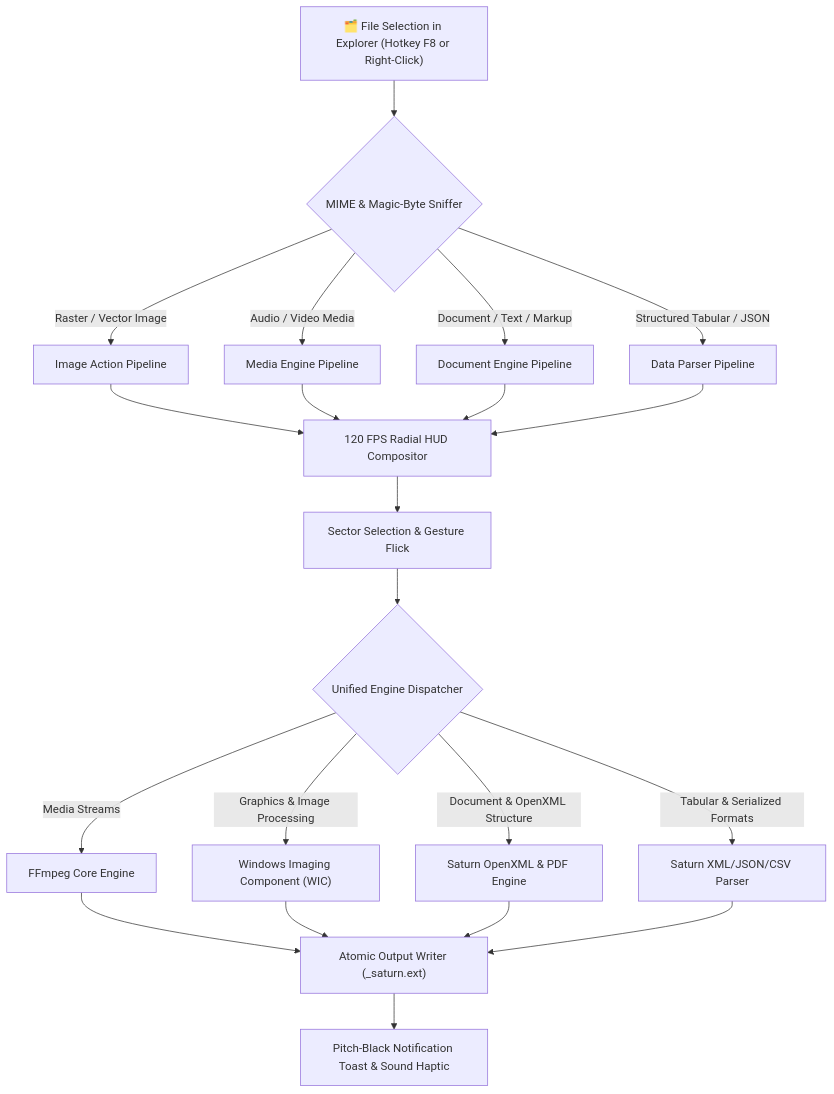
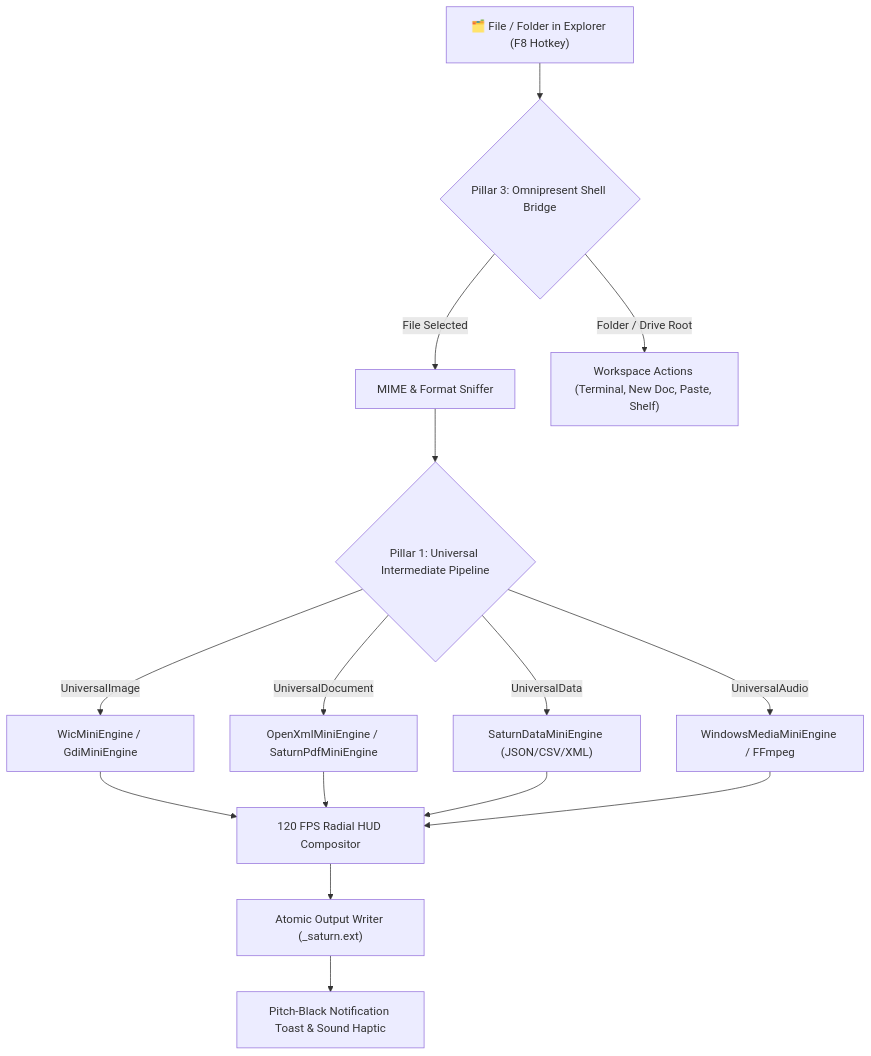
One commit to DaivikOPX/Orbit changed the diagram in README.md. Above: the diagram before and after it, drawn with Mermaid. The commit also changed other lines of this file and 2 other files, not shown here.

Commit message:
feat: complete all 3 pillars, native WIC mini-engine, rising-edge F8 debouncer, and multi-layer Explorer workspace bridge

````diff
--- a/README.md
+++ b/README.md
@@ -89,20 +118,16 @@
 ```mermaid
 flowchart TD
-    A["🗂️ File Selection in Explorer (Hotkey F8 or Right-Click)"] --> B{"MIME & Magic-Byte Sniffer"}
-    B -->|Raster / Vector Image| C["Image Action Pipeline"]
-    B -->|Audio / Video Media| D["Media Engine Pipeline"]
-    B -->|Document / Text / Markup| E["Document Engine Pipeline"]
-    B -->|Structured Tabular / JSON| F["Data Parser Pipeline"]
+    A["🗂️ File / Folder in Explorer (F8 Hotkey)"] --> B{"Pillar 3: Omnipresent Shell Bridge"}
+    B -->|File Selected| C["MIME & Format Sniffer"]
+    B -->|Folder / Drive Root| D["Workspace Actions (Terminal, New Doc, Paste, Shelf)"]
     
-    C & D & E & F --> G["120 FPS Radial HUD Compositor"]
-    G --> H["Sector Selection & Gesture Flick"]
+    C --> E{"Pillar 1: Universal Intermediate Pipeline"}
+    E -->|UniversalImage| F["WicMiniEngine / GdiMiniEngine"]
+    E -->|UniversalDocument| G["OpenXmlMiniEngine / SaturnPdfMiniEngine"]
+    E -->|UniversalData| H["SaturnDataMiniEngine (JSON/CSV/XML)"]
+    E -->|UniversalAudio| I["WindowsMediaMiniEngine / FFmpeg"]
     
-    H --> I{"Unified Engine Dispatcher"}
-    I -->|Media Streams| J["FFmpeg Core Engine"]
-    I -->|Graphics & Image Processing| K["Windows Imaging Component (WIC)"]
-    I -->|Document & OpenXML Structure| L["Saturn OpenXML & PDF Engine"]
-    I -->|Tabular & Serialized Formats| M["Saturn XML/JSON/CSV Parser"]
-    
-    J & K & L & M --> N["Atomic Output Writer (_saturn.ext)"]
-    N --> O["Pitch-Black Notification Toast & Sound Haptic"]
+    F & G & H & I --> J["120 FPS Radial HUD Compositor"]
+    J --> K["Atomic Output Writer (_saturn.ext)"]
+    K --> L["Pitch-Black Notification Toast & Sound Haptic"]
 ```
````
